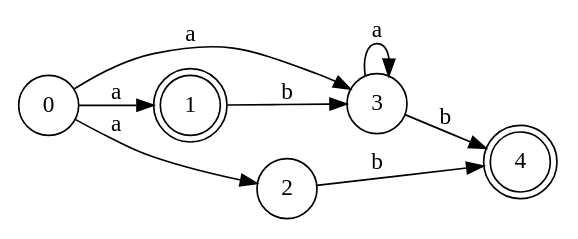
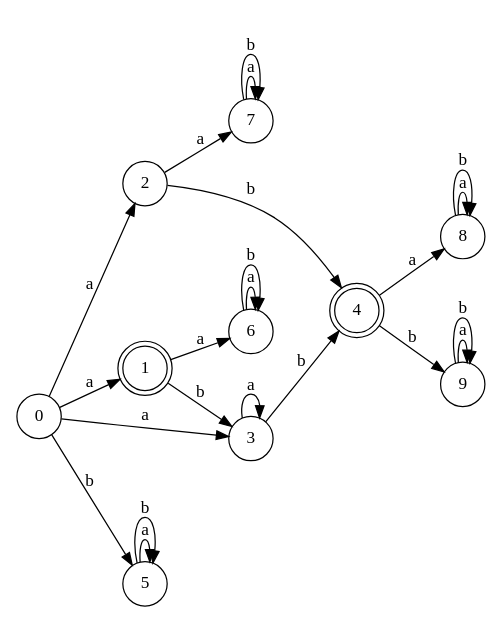
Before and after one commit to Nooosky/Licence3: the diagram in Theorie_Langages/TP/img/automaton.dot, drawn with Graphviz. The commit also changed 9 other files, not shown here.

```diff
--- a/Theorie_Langages/TP/img/automaton.dot
+++ b/Theorie_Langages/TP/img/automaton.dot
@@ -1,13 +1,28 @@
 digraph finite_state_machine {
 	rankdir=LR;
 	size="8,5";
 	node [shape = doublecircle]; 1 4;
 	node [shape = circle];
 	0 -> 1 [ label = "a" ];
 	0 -> 2 [ label = "a" ];
 	0 -> 3 [ label = "a" ];
+	0 -> 5 [ label = "b" ];
+	1 -> 6 [ label = "a" ];
 	1 -> 3 [ label = "b" ];
+	2 -> 7 [ label = "a" ];
 	2 -> 4 [ label = "b" ];
 	3 -> 3 [ label = "a" ];
 	3 -> 4 [ label = "b" ];
+	4 -> 8 [ label = "a" ];
+	4 -> 9 [ label = "b" ];
+	5 -> 5 [ label = "a" ];
+	5 -> 5 [ label = "b" ];
+	6 -> 6 [ label = "a" ];
+	6 -> 6 [ label = "b" ];
+	7 -> 7 [ label = "a" ];
+	7 -> 7 [ label = "b" ];
+	8 -> 8 [ label = "a" ];
+	8 -> 8 [ label = "b" ];
+	9 -> 9 [ label = "a" ];
+	9 -> 9 [ label = "b" ];
 }
```
